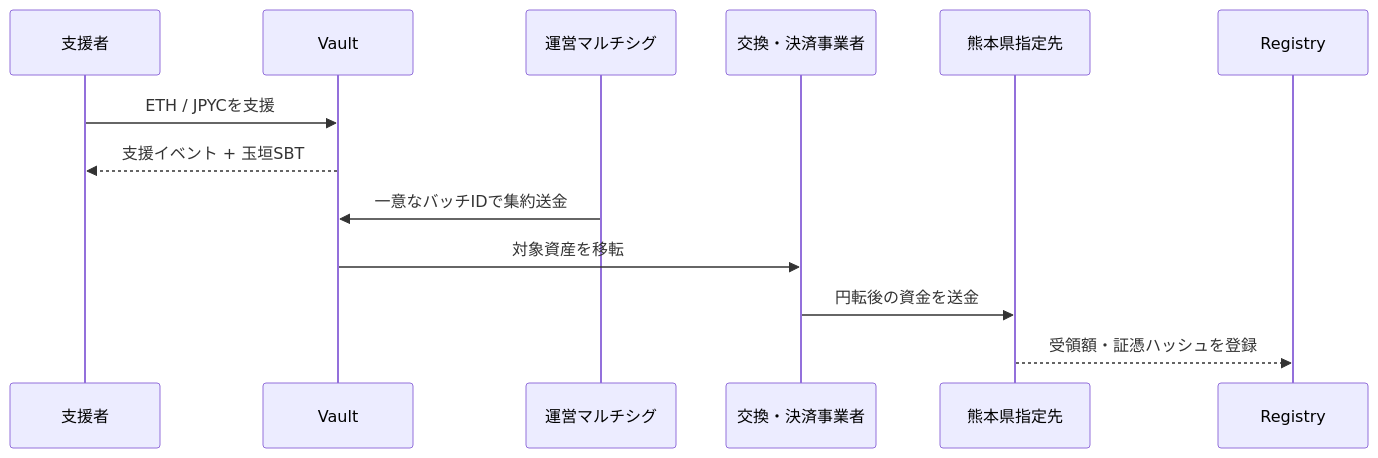
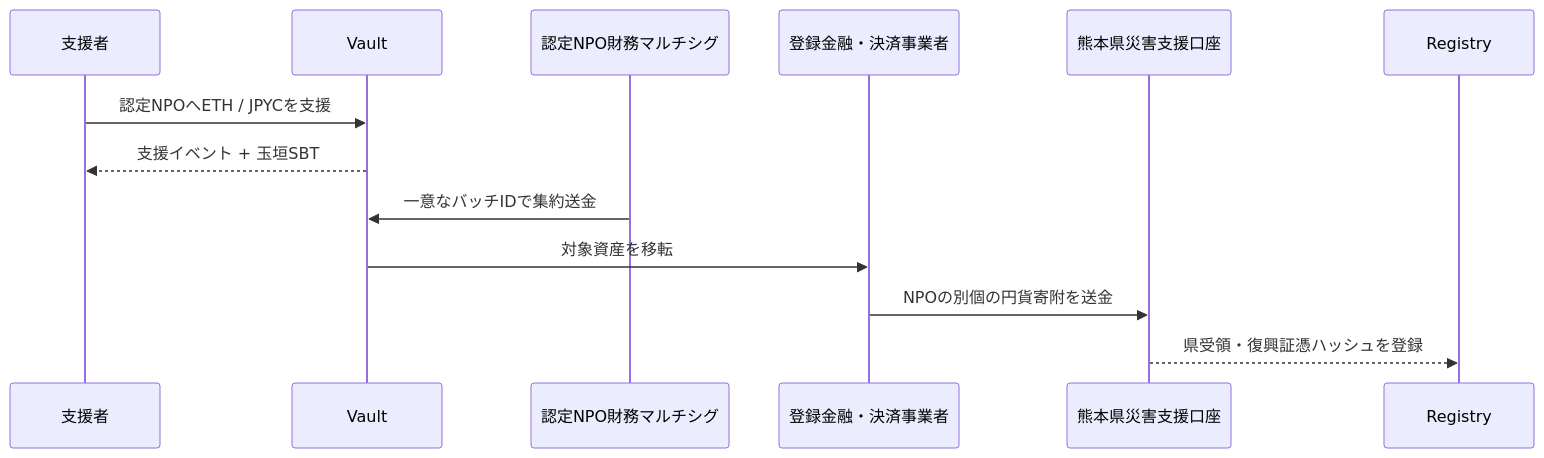
One commit to ShigeichiroYamasaki/yui-no-kaki-kumamoto changed the diagram in docs/fund-flow.md. Above: the diagram before and after it, drawn with Mermaid. The commit also changed other lines of this file and 44 other files, not shown here.

````diff
--- a/docs/fund-flow.md
+++ b/docs/fund-flow.md
@@ -11,15 +11,15 @@
 ```mermaid
 sequenceDiagram
   participant S as 支援者
   participant V as Vault
-  participant O as 運営マルチシグ
-  participant E as 交換・決済事業者
-  participant K as 熊本県指定先
+  participant O as 認定NPO財務マルチシグ
+  participant E as 登録金融・決済事業者
+  participant K as 熊本県災害支援口座
   participant R as Registry
-  S->>V: ETH / JPYCを支援
+  S->>V: 認定NPOへETH / JPYCを支援
   V-->>S: 支援イベント + 玉垣SBT
   O->>V: 一意なバッチIDで集約送金
   V->>E: 対象資産を移転
-  E->>K: 円転後の資金を送金
-  K-->>R: 受領額・証憑ハッシュを登録
+  E->>K: NPOの別個の円貨寄附を送金
+  K-->>R: 県受領・復興証憑ハッシュを登録
 ```
````
